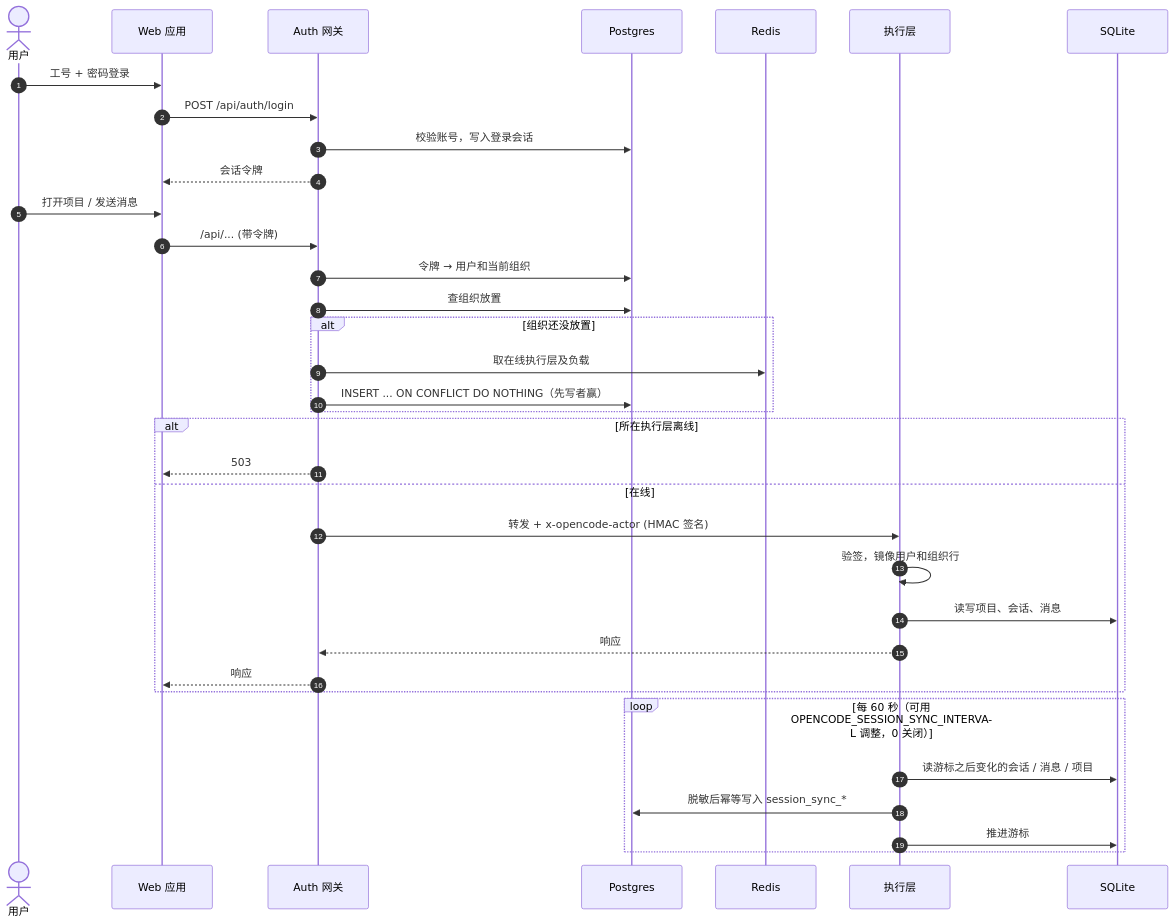
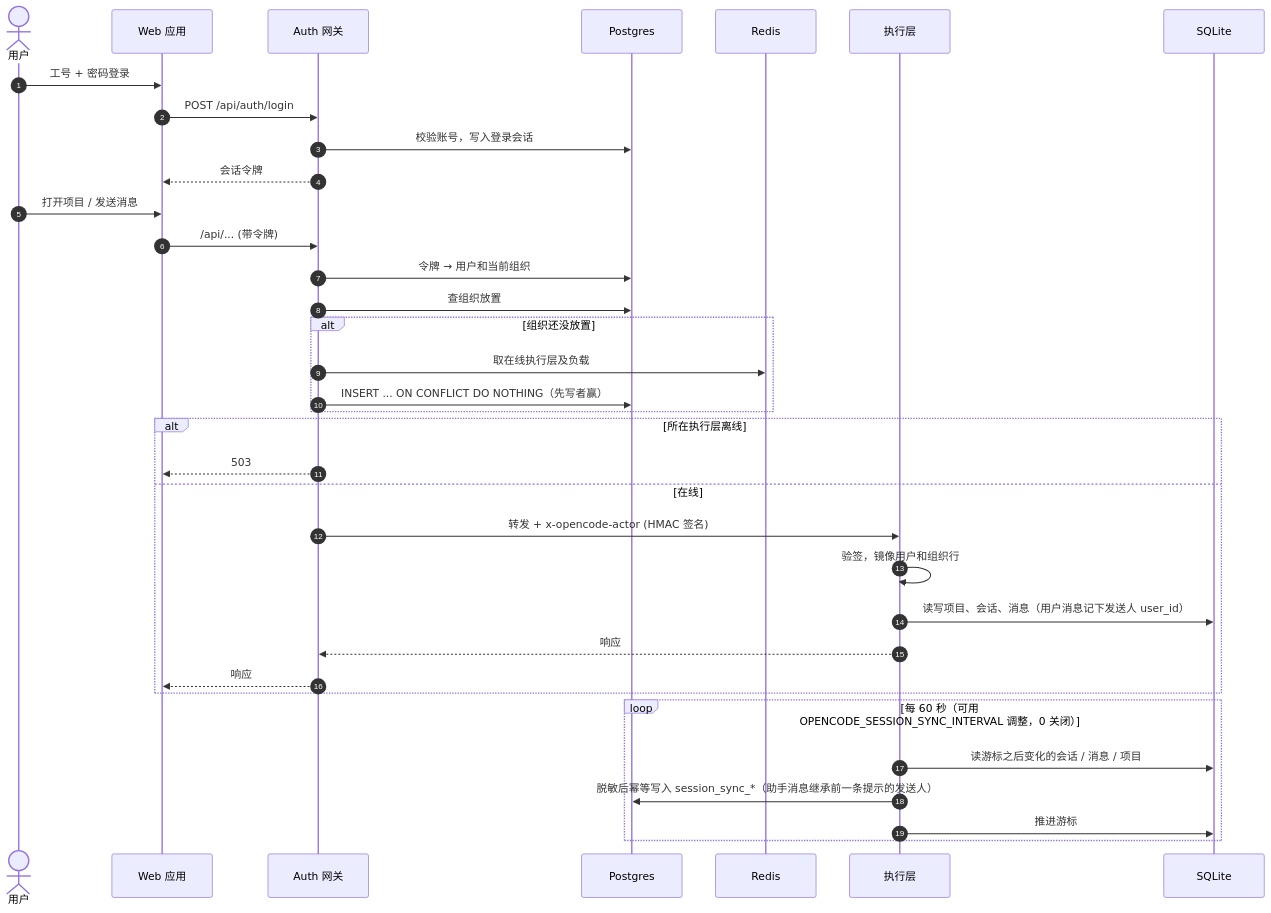
The second of 3 diagrams in README.md (JackLuguibin/opencode-ex), drawn with Mermaid before and after one commit. The commit also changed other lines of this file, not shown here.

Commit message:
docs: show the message sender in the architecture diagrams

````diff
--- a/README.md
+++ b/README.md
@@ -86,40 +86,40 @@
 ```mermaid
 sequenceDiagram
     autonumber
     actor U as 用户
     participant W as Web 应用
     participant G as Auth 网关
     participant P as Postgres
     participant R as Redis
     participant L as 执行层
     participant S as SQLite
 
     U->>W: 工号 + 密码登录
     W->>G: POST /api/auth/login
     G->>P: 校验账号，写入登录会话
     G-->>W: 会话令牌
 
     U->>W: 打开项目 / 发送消息
     W->>G: /api/... (带令牌)
     G->>P: 令牌 → 用户和当前组织
     G->>P: 查组织放置
     alt 组织还没放置
         G->>R: 取在线执行层及负载
         G->>P: INSERT ... ON CONFLICT DO NOTHING（先写者赢）
     end
     alt 所在执行层离线
         G-->>W: 503
     else 在线
         G->>L: 转发 + x-opencode-actor (HMAC 签名)
         L->>L: 验签，镜像用户和组织行
-        L->>S: 读写项目、会话、消息
+        L->>S: 读写项目、会话、消息（用户消息记下发送人 user_id）
         L-->>G: 响应
         G-->>W: 响应
     end
 
     loop 每 60 秒（可用 OPENCODE_SESSION_SYNC_INTERVAL 调整，0 关闭）
         L->>S: 读游标之后变化的会话 / 消息 / 项目
-        L->>P: 脱敏后幂等写入 session_sync_*
+        L->>P: 脱敏后幂等写入 session_sync_*（助手消息继承前一条提示的发送人）
         L->>S: 推进游标
     end
 ```
````
